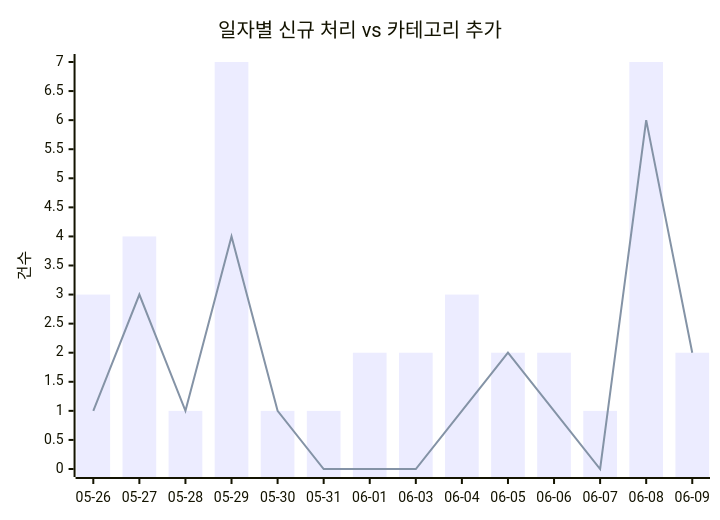
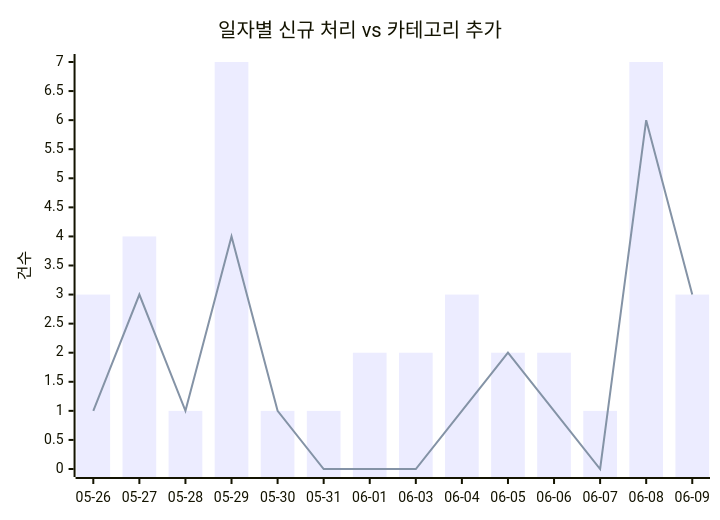
One commit to J-nowcow/awesome-korean-agent-skills changed the first of 2 diagrams in docs/trends.md. Above: the diagram before and after it, drawn with Mermaid. The commit also changed other lines of this file and 3 other files, not shown here.

````diff
--- a/docs/trends.md
+++ b/docs/trends.md
@@ -32,8 +32,8 @@
 ```mermaid
 xychart-beta
     title "일자별 신규 처리 vs 카테고리 추가"
     x-axis ["05-26","05-27","05-28","05-29","05-30","05-31","06-01","06-03","06-04","06-05","06-06","06-07","06-08","06-09"]
     y-axis "건수"
-    bar [3,4,1,7,1,1,2,2,3,2,2,1,7,2]
-    line [1,3,1,4,1,0,0,0,1,2,1,0,6,2]
+    bar [3,4,1,7,1,1,2,2,3,2,2,1,7,3]
+    line [1,3,1,4,1,0,0,0,1,2,1,0,6,3]
 ```
````
